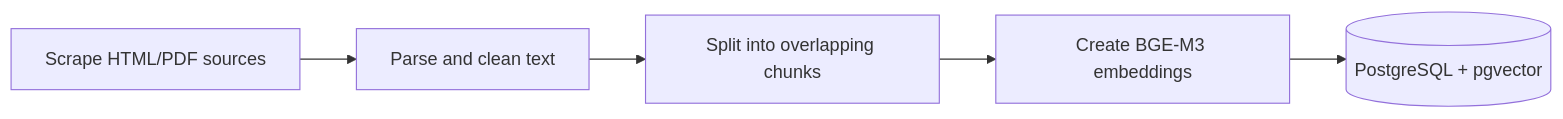
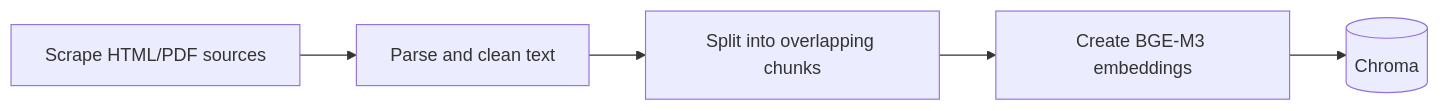
The second of 2 diagrams in Taxpal/README.md (NSSF-Data-science-internship/tax_teams_app), drawn with Mermaid before and after one commit. The commit also changed other lines of this file and 21 other files, not shown here.

````diff
--- a/Taxpal/README.md
+++ b/Taxpal/README.md
@@ -363,7 +366,7 @@
 ```mermaid
 flowchart LR
     S[Scrape HTML/PDF sources] --> P[Parse and clean text]
     P --> C[Split into overlapping chunks]
     C --> E[Create BGE-M3 embeddings]
-    E --> V[(PostgreSQL + pgvector)]
+    E --> V[(Chroma)]
 ```
````
